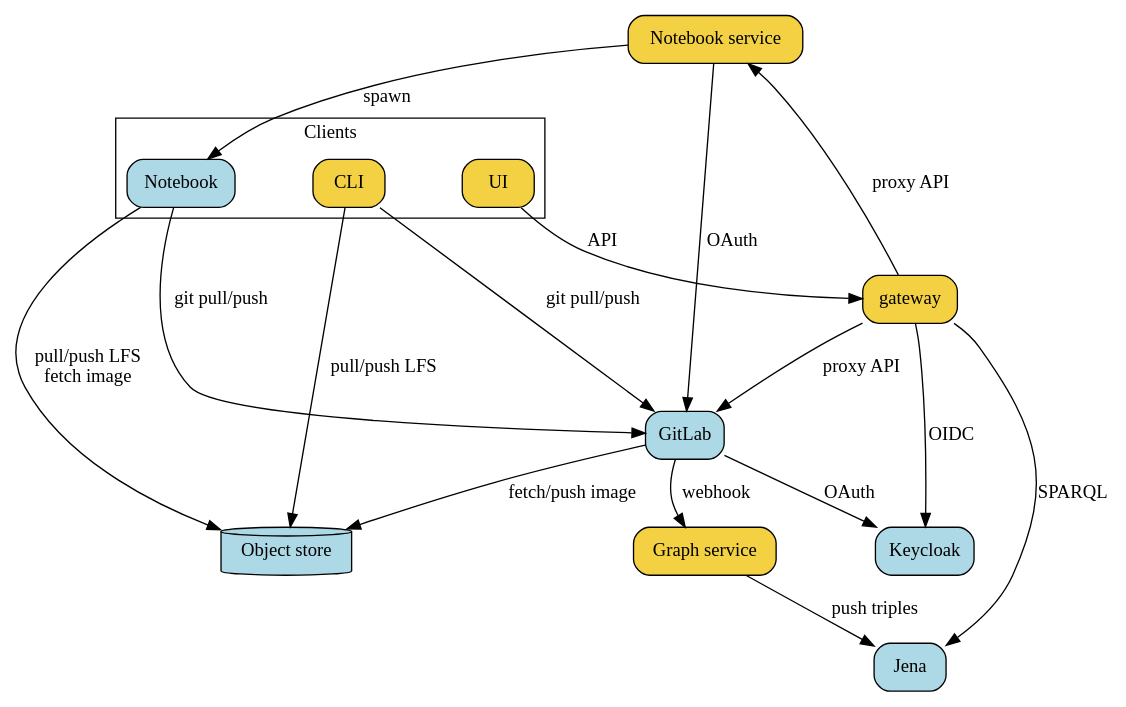
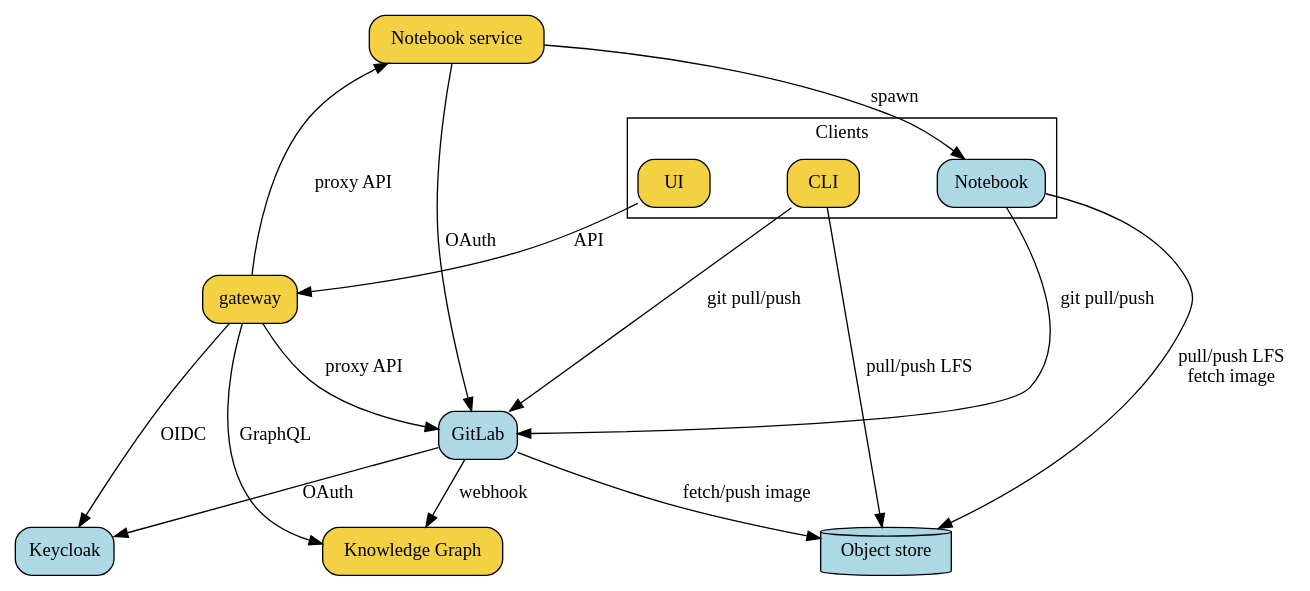
The diagram in docs/_static/graphviz/renku_architecture.dot (SwissDataScienceCenter/renku), drawn with Graphviz before and after one commit.

Commit message:
docs: remove Jena from high-level architecture

```diff
--- a/docs/_static/graphviz/renku_architecture.dot
+++ b/docs/_static/graphviz/renku_architecture.dot
@@ -1,53 +1,51 @@
 strict digraph architecture {
   compound=true;
   newrank=true;
   // ordering=out;
 
   graph [fontname="Raleway", nodesep="0.8"];
   node [shape="rect", style="filled,rounded", fontname="Raleway"];
   edge [fontname="Raleway"]
 
 
   # main off-the-shelf services
   GitLab [fillcolor="lightblue" URL="../developer/services/notebooks_service.html#image-builds" target="_graphviz"]
   Keycloak [fillcolor="lightblue"]
   JupyterHub [label="Notebook service" fillcolor="#f4d142" URL="../developer/services/notebooks_service.html" target="_graphviz"]
   Notebook [fillcolor="lightblue"]
-  Jena [fillcolor="lightblue"]
 
   # clients
   UI [fillcolor="#f4d142"]
   CLI [fillcolor="#f4d142"]
 
   gateway [fillcolor="#f4d142" URL="../developer/services/api_gateway.html" target="_graphviz"]
-  "Graph service" [fillcolor="#f4d142" URL="../developer/services/graph_services.html" target="_graphviz"]
+  "Knowledge Graph" [fillcolor="#f4d142" URL="../developer/services/graph_services.html" target="_graphviz"]
 
   storage [fillcolor="lightblue", label="Object store", shape="cylinder"]
 
   subgraph cluster_clients {
     label="Clients"
     UI
     CLI
     Notebook
     {rank=same; UI, CLI, Notebook};
   }
 
   JupyterHub -> Notebook [label=" spawn"]
 
   CLI -> GitLab [label=" git pull/push"]
   Notebook -> GitLab [label=" git pull/push"]
   Notebook -> storage [label=" pull/push LFS\n fetch image"]
   UI -> gateway [label=" API"]
   GitLab -> Keycloak [label=" OAuth"]
   JupyterHub -> GitLab [label=" OAuth"]
   gateway -> GitLab [label=" proxy API"]
   gateway -> JupyterHub [label=" proxy API"]
   gateway -> Keycloak [label=" OIDC"]
   GitLab -> storage [label=" fetch/push image"]
   CLI -> storage [label=" pull/push LFS"]
-  GitLab -> "Graph service" [label=" webhook"]
-  "Graph service" -> Jena [label=" push triples"]
-  gateway -> Jena [label=" SPARQL"]
+  GitLab -> "Knowledge Graph" [label=" webhook"]
+  gateway -> "Knowledge Graph" [label=" GraphQL"]
 
   {rank=0; UI}
 }
```
